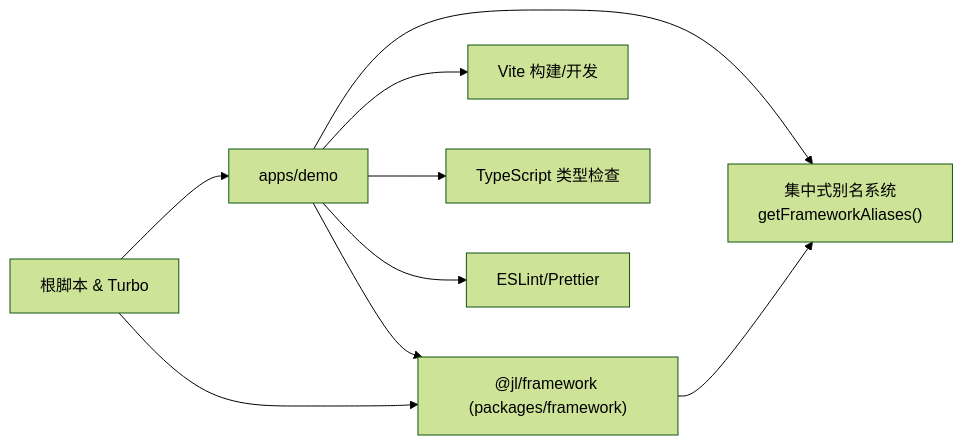
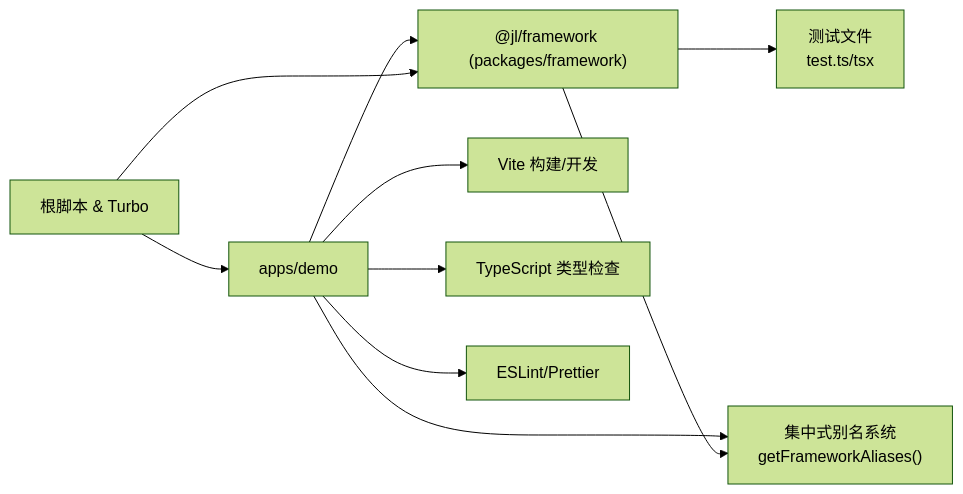
One commit to liqiongke/FrontArk changed the ninth of 9 diagrams in .qoder/repowiki/zh/content/开发工具/开发工具.md. Above: the diagram before and after it, drawn with Mermaid (forest theme). The commit also changed other lines of this file and 17 other files, not shown here.

````diff
--- a/.qoder/repowiki/zh/content/开发工具/开发工具.md
+++ b/.qoder/repowiki/zh/content/开发工具/开发工具.md
@@ -307,11 +356,12 @@
 ```mermaid
 graph LR
 App["apps/demo"] --> Lib["@jl/framework (packages/framework)"]
 App --> Alias["集中式别名系统<br/>getFrameworkAliases()"]
 App --> Vite["Vite 构建/开发"]
 App --> TSC["TypeScript 类型检查"]
 App --> Lint["ESLint/Prettier"]
+Lib --> Test["测试文件<br/>test.ts/tsx"]
+Lib --> Alias
 Root["根脚本 & Turbo"] --> App
 Root --> Lib
-Lib --> Alias
 ```
````
